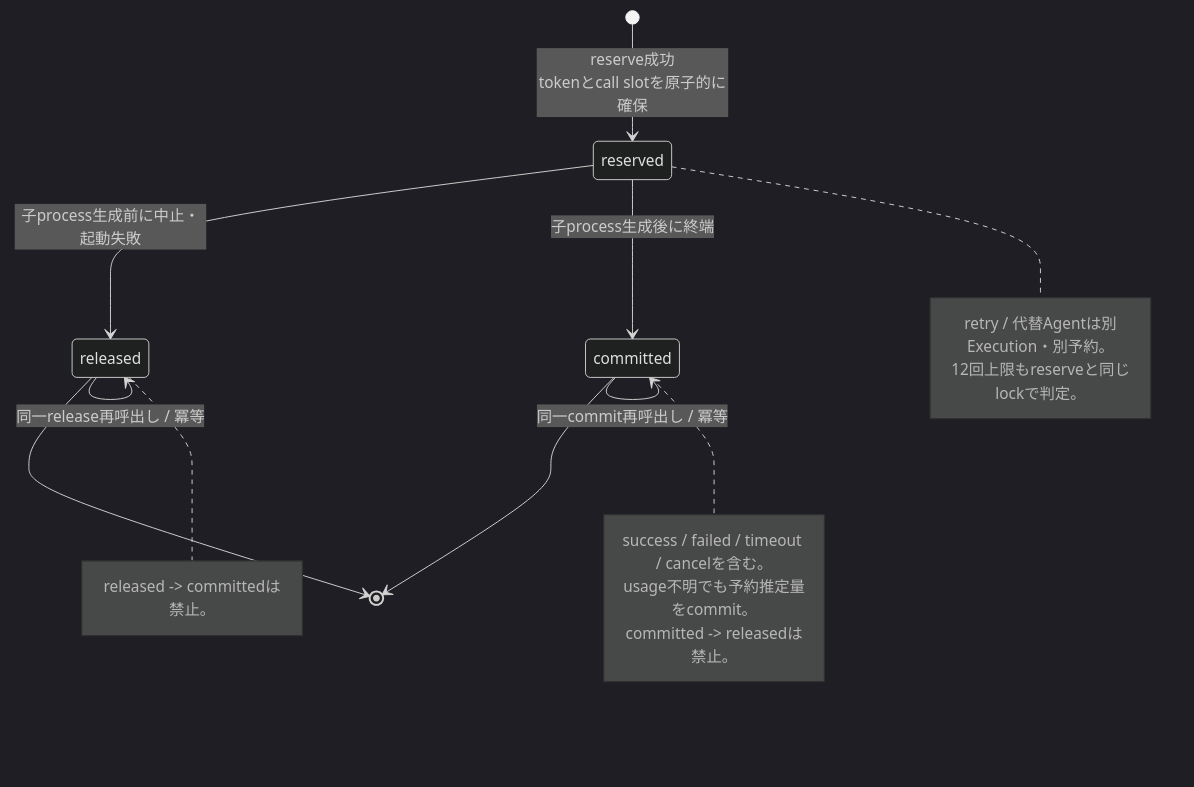
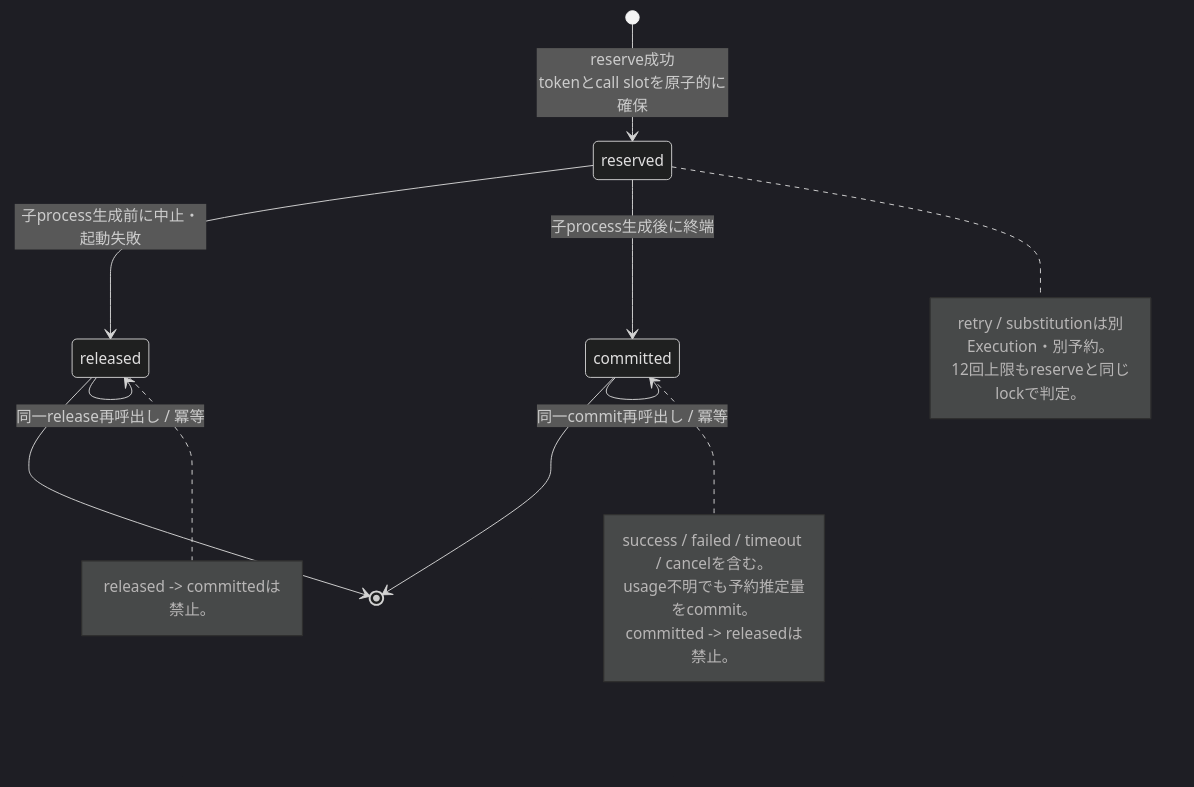
One commit to garyohosu/OracleCouncil changed the sixth of 7 diagrams in STATE.md. Above: the diagram before and after it, drawn with Mermaid (dark theme). The commit also changed other lines of this file and 8 other files, not shown here.

````diff
--- a/STATE.md
+++ b/STATE.md
@@ -226,23 +230,23 @@
 ```mermaid
 stateDiagram-v2
     [*] --> reserved: reserve成功<br/>tokenとcall slotを原子的に確保
     reserved --> released: 子process生成前に中止・起動失敗
     reserved --> committed: 子process生成後に終端
     committed --> committed: 同一commit再呼出し / 冪等
     released --> released: 同一release再呼出し / 冪等
     committed --> [*]
     released --> [*]
 
     note right of reserved
-      retry / 代替Agentは別Execution・別予約。
+      retry / substitutionは別Execution・別予約。
       12回上限もreserveと同じlockで判定。
     end note
     note right of committed
       success / failed / timeout / cancelを含む。
       usage不明でも予約推定量をcommit。
       committed -> releasedは禁止。
     end note
     note right of released
       released -> committedは禁止。
     end note
 ```
````
